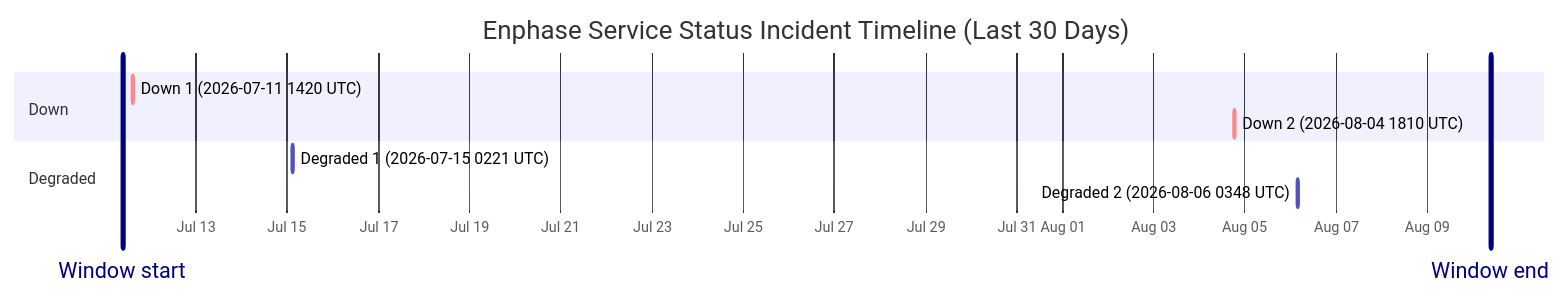
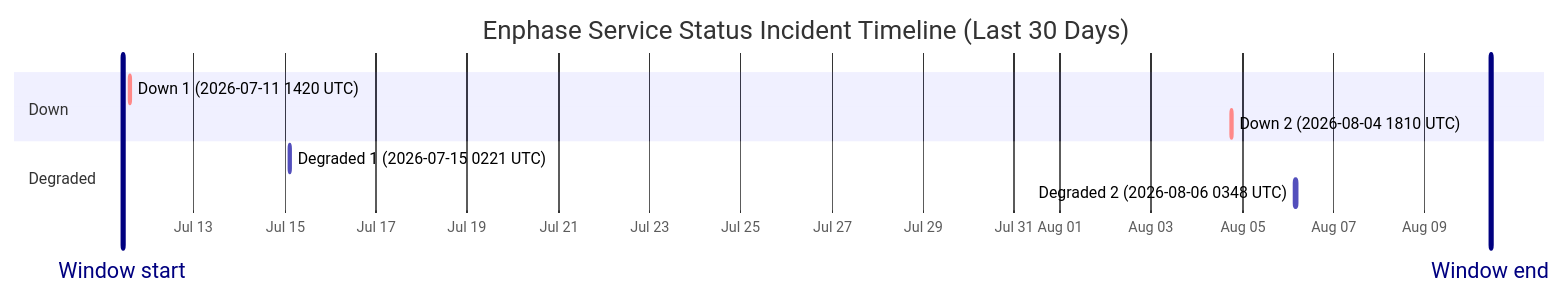
The diagram in wiki/Service-Status-History.md (barneyonline/ha-enphase-energy), drawn with Mermaid before and after one commit. The commit also changed other lines of this file and 3 other files, not shown here.

````diff
--- a/wiki/Service-Status-History.md
+++ b/wiki/Service-Status-History.md
@@ -14,14 +14,14 @@
 ```mermaid
 gantt
     title Enphase Service Status Incident Timeline (Last 30 Days)
     dateFormat  YYYY-MM-DDTHH:mm:ss
     axisFormat  %b %d
-    Window start :vert, window-start, 2026-07-11T09:17:58, 0ms
-    Window end :vert, window-end, 2026-08-10T09:17:58, 0ms
+    Window start :vert, window-start, 2026-07-11T10:42:23, 0ms
+    Window end :vert, window-end, 2026-08-10T10:42:23, 0ms
     section Down
     Down 1 (2026-07-11 1420 UTC) :crit, down-1, 2026-07-11T14:20:54, 69m
     Down 2 (2026-08-04 1810 UTC) :crit, down-2, 2026-08-04T18:10:46, 60m
     section Degraded
     Degraded 1 (2026-07-15 0221 UTC) :active, degraded-1, 2026-07-15T02:21:35, 60m
     Degraded 2 (2026-08-06 0348 UTC) :active, degraded-2, 2026-08-06T03:48:14, 60m
 ```
````
